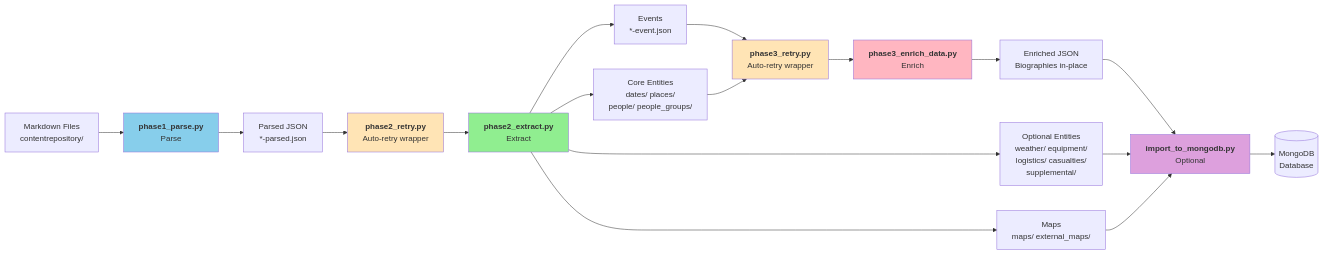
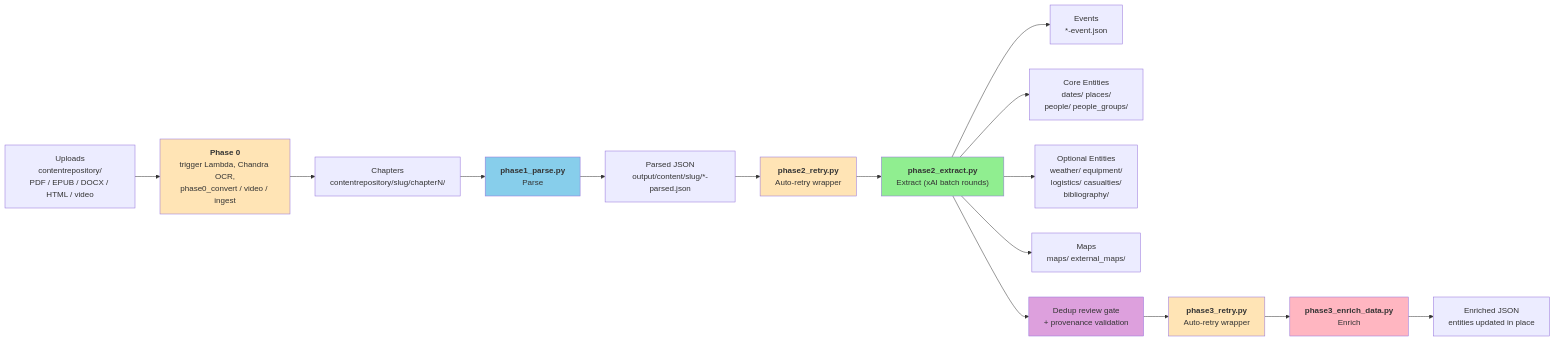
One commit to elasticfusion/SecondWorldWarAsData changed the fifth of 12 diagrams in docs/current/core/WORKFLOW_DIAGRAMS.md. Above: the diagram before and after it, drawn with Mermaid. The commit also changed other lines of this file and 8043 other files, not shown here.

````diff
--- a/docs/current/core/WORKFLOW_DIAGRAMS.md
+++ b/docs/current/core/WORKFLOW_DIAGRAMS.md
@@ -153,29 +204,27 @@
 ```mermaid
 flowchart LR
-    MD[Markdown Files<br/>contentrepository/] --> Phase1["<b>phase1_parse.py</b><br/>Parse"]
-    Phase1 --> Parsed[Parsed JSON<br/>*-parsed.json]
-    
+    Up["Uploads<br/>contentrepository/<br/>PDF / EPUB / DOCX / HTML / video"] --> Phase0["<b>Phase 0</b><br/>trigger Lambda, Chandra OCR,<br/>phase0_convert / video / ingest"]
+    Phase0 --> Chapters["Chapters<br/>contentrepository/slug/chapterN/"]
+    Chapters --> Phase1["<b>phase1_parse.py</b><br/>Parse"]
+    Phase1 --> Parsed[Parsed JSON<br/>output/content/slug/*-parsed.json]
+
     Parsed --> P2Retry["<b>phase2_retry.py</b><br/>Auto-retry wrapper"]
-    P2Retry --> Phase2["<b>phase2_extract.py</b><br/>Extract"]
+    P2Retry --> Phase2["<b>phase2_extract.py</b><br/>Extract (xAI batch rounds)"]
     Phase2 --> Events[Events<br/>*-event.json]
     Phase2 --> Core[Core Entities<br/>dates/ places/<br/>people/ people_groups/]
-    Phase2 --> Optional[Optional Entities<br/>weather/ equipment/<br/>logistics/ casualties/<br/>supplemental/]
+    Phase2 --> Optional[Optional Entities<br/>weather/ equipment/<br/>logistics/ casualties/<br/>bibliography/]
     Phase2 --> Maps[Maps<br/>maps/ external_maps/]
-    
-    Events --> P3Retry["<b>phase3_retry.py</b><br/>Auto-retry wrapper"]
-    Core --> P3Retry
+    Phase2 --> Gate["Dedup review gate<br/>+ provenance validation"]
+
+    Gate --> P3Retry["<b>phase3_retry.py</b><br/>Auto-retry wrapper"]
     P3Retry --> Phase3["<b>phase3_enrich_data.py</b><br/>Enrich"]
-    Phase3 --> Enriched[Enriched JSON<br/>Biographies in-place]
-    
-    Enriched --> Import["<b>import_to_mongodb.py</b><br/>Optional"]
-    Optional --> Import
-    Maps --> Import
-    Import --> DB[(MongoDB<br/>Database)]
-    
+    Phase3 --> Enriched[Enriched JSON<br/>entities updated in place]
+
+    style Phase0 fill:#FFE4B5
     style Phase1 fill:#87CEEB
     style Phase2 fill:#90EE90
     style Phase3 fill:#FFB6C1
-    style Import fill:#DDA0DD
+    style Gate fill:#DDA0DD
     style P2Retry fill:#FFE4B5
     style P3Retry fill:#FFE4B5
 ```
````
